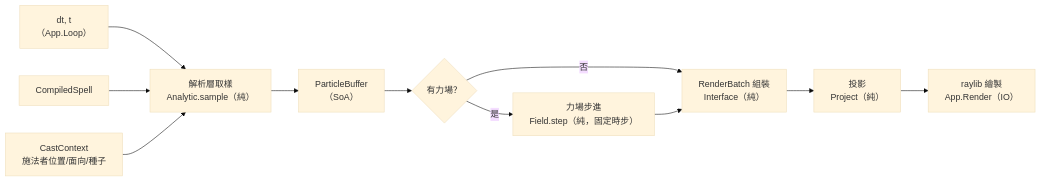
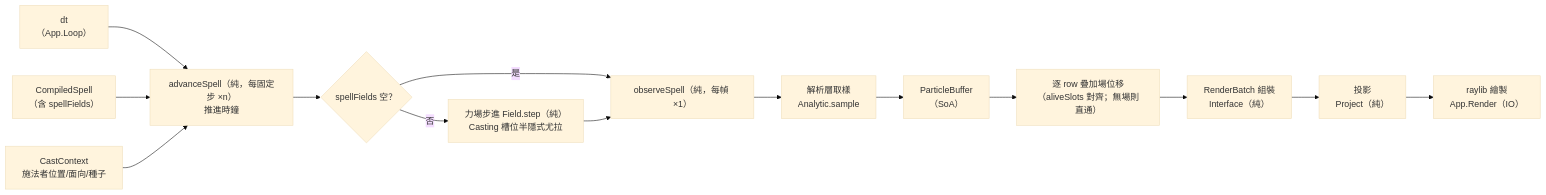
Before and after one commit to utomore/particle-magic-system: the third of 4 diagrams in docs/architecture.md, drawn with Mermaid (base theme). The commit also changed other lines of this file and 26 other files, not shown here.

````diff
--- a/docs/architecture.md
+++ b/docs/architecture.md
@@ -112,13 +112,16 @@
 ```mermaid
 flowchart LR
-    Clock["dt, t<br/>（App.Loop）"] --> Sample
-    Spell["CompiledSpell"] --> Sample
-    Ctx["CastContext<br/>施法者位置/面向/種子"] --> Sample
-    Sample["解析層取樣<br/>Analytic.sample（純）"] --> Buf1["ParticleBuffer<br/>（SoA）"]
-    Buf1 --> FieldStep{"有力場？"}
-    FieldStep -->|"是"| Integrate["力場步進<br/>Field.step（純，固定時步）"]
-    FieldStep -->|"否"| Batch
-    Integrate --> Batch["RenderBatch 組裝<br/>Interface（純）"]
+    Clock["dt<br/>（App.Loop）"] --> Adv
+    Spell["CompiledSpell<br/>（含 spellFields）"] --> Adv
+    Ctx["CastContext<br/>施法者位置/面向/種子"] --> Adv
+    Adv["advanceSpell（純，每固定步 ×n）<br/>推進時鐘"] --> FieldStep{"spellFields 空？"}
+    FieldStep -->|"否"| Integrate["力場步進 Field.step（純）<br/>Casting 槽位半隱式尤拉"]
+    FieldStep -->|"是"| Obs
+    Integrate --> Obs["observeSpell（純，每幀 ×1）"]
+    Obs --> Sample["解析層取樣<br/>Analytic.sample"]
+    Sample --> Buf1["ParticleBuffer<br/>（SoA）"]
+    Buf1 --> Add["逐 row 疊加場位移<br/>（aliveSlots 對齊；無場則直通）"]
+    Add --> Batch["RenderBatch 組裝<br/>Interface（純）"]
     Batch --> Proj["投影<br/>Project（純）"]
     Proj --> Draw["raylib 繪製<br/>App.Render（IO）"]
 ```
````
